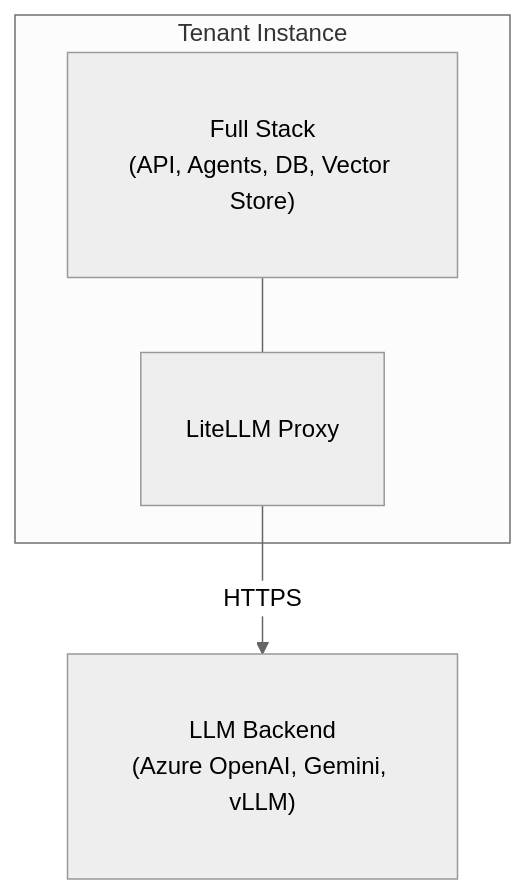
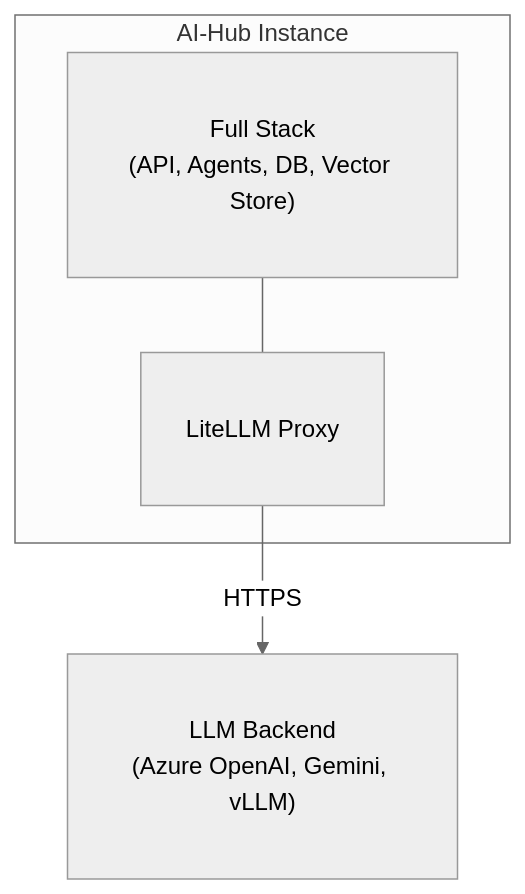
One commit to bbvch-ai/aihub-core changed the first of 2 diagrams in aihub_doc/docs/2_platform/3_deployment_guide/1_deployment_options/index.en.md. Above: the diagram before and after it, drawn with Mermaid (neutral theme). The commit also changed other lines of this file and 5 other files, not shown here.

Commit message:
doc(aihub): Multi-Tenant vs Multi-Instance (#740)

````diff
--- a/aihub_doc/docs/2_platform/3_deployment_guide/1_deployment_options/index.en.md
+++ b/aihub_doc/docs/2_platform/3_deployment_guide/1_deployment_options/index.en.md
@@ -191,14 +215,14 @@
 ```mermaid
 graph TB
-    subgraph Tenant["Tenant Instance"]
+    subgraph Instance["AI-Hub Instance"]
         Stack["Full Stack<br/>(API, Agents, DB, Vector Store)"]
         Proxy["LiteLLM Proxy"]
         Stack --- Proxy
     end
 
     Backend["LLM Backend<br/>(Azure OpenAI, Gemini, vLLM)"]
 
     Proxy -->|HTTPS| Backend
 
     classDef default font-size:16px,padding:20px
 ```
````
